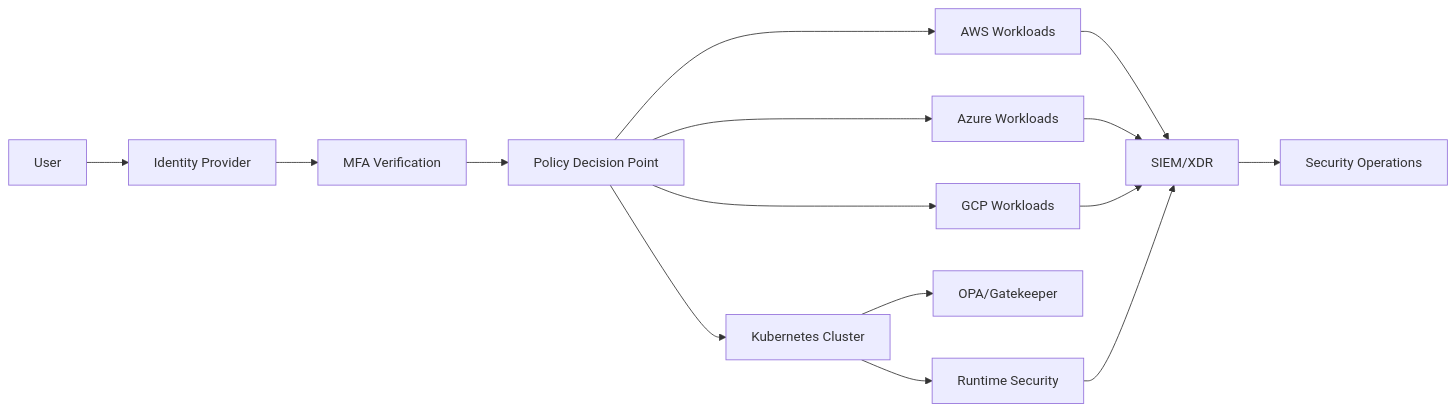
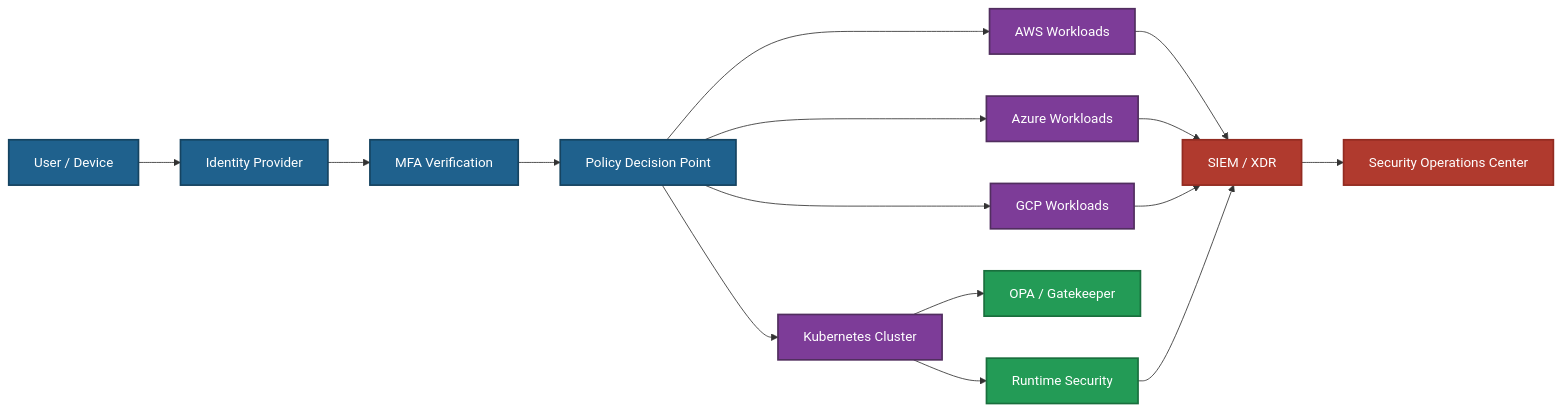
One commit to mehlekd/sarta-sovereign-cloud-security-lab changed the second of 4 diagrams in README.md. Above: the diagram before and after it, drawn with Mermaid. The commit also changed other lines of this file, not shown here.

First line of the commit message:
Enhance architecture diagrams and color definitions

````diff
--- a/README.md
+++ b/README.md
@@ -211,22 +212,71 @@
 ```mermaid
 flowchart LR
 
-User --> IAM[Identity Provider]
-IAM --> MFA[MFA Verification]
-MFA --> Access[Policy Decision Point]
+%% =====================================================
+%% USER ACCESS
+%% =====================================================
 
-Access --> AWS[AWS Workloads]
-Access --> Azure[Azure Workloads]
-Access --> GCP[GCP Workloads]
-Access --> K8s[Kubernetes Cluster]
+User["User / Device"] --> IAM["Identity Provider"]
 
-K8s --> OPA[OPA/Gatekeeper]
-K8s --> Falco[Runtime Security]
+IAM --> MFA["MFA Verification"]
 
-AWS --> SIEM[SIEM/XDR]
+MFA --> Access["Policy Decision Point"]
+
+%% =====================================================
+%% MULTI-CLOUD ACCESS
+%% =====================================================
+
+Access --> AWS["AWS Workloads"]
+
+Access --> Azure["Azure Workloads"]
+
+Access --> GCP["GCP Workloads"]
+
+Access --> K8s["Kubernetes Cluster"]
+
+%% =====================================================
+%% KUBERNETES SECURITY
+%% =====================================================
+
+K8s --> OPA["OPA / Gatekeeper"]
+
+K8s --> Falco["Runtime Security"]
+
+%% =====================================================
+%% SIEM + DETECTION
+%% =====================================================
+
+AWS --> SIEM["SIEM / XDR"]
+
 Azure --> SIEM
+
 GCP --> SIEM
+
 Falco --> SIEM
 
-SIEM --> SOC[Security Operations]
+SIEM --> SOC["Security Operations Center"]
+
+%% =====================================================
+%% COLOR DEFINITIONS
+%% =====================================================
+
+classDef identity fill:#1f618d,color:#ffffff,stroke:#154360,stroke-width:2px;
+
+classDef cloud fill:#7d3c98,color:#ffffff,stroke:#512e5f,stroke-width:2px;
+
+classDef security fill:#239b56,color:#ffffff,stroke:#196f3d,stroke-width:2px;
+
+classDef monitoring fill:#b03a2e,color:#ffffff,stroke:#922b21,stroke-width:2px;
+
+%% =====================================================
+%% APPLY COLORS
+%% =====================================================
+
+class User,IAM,MFA,Access identity;
+
+class AWS,Azure,GCP,K8s cloud;
+
+class OPA,Falco security;
+
+class SIEM,SOC monitoring;
 ```
````
